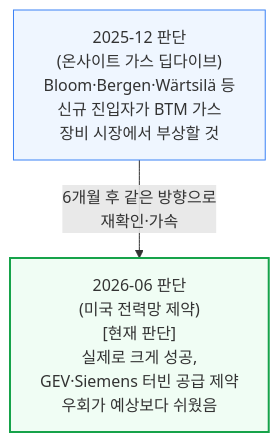
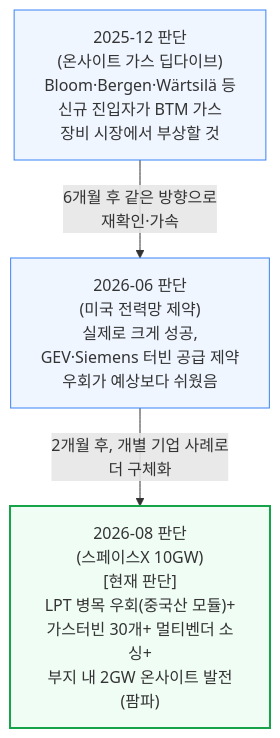
One commit to yohan4477/semi-report changed the third of 4 diagrams in 통합 리포트/카테고리별 통합 리포트/[260704] 전력 통합 리포트.md. Above: the diagram before and after it, drawn with Mermaid. The commit also changed other lines of this file and 2 other files, not shown here.

Commit message:
docs(newsletter): 스페이스X 10GW 문서 3-4장 완료, CATEGORIES.md·전력 통합 리포트 갱신

````diff
--- a/통합 리포트/카테고리별 통합 리포트/[260704] 전력 통합 리포트.md
+++ b/통합 리포트/카테고리별 통합 리포트/[260704] 전력 통합 리포트.md
@@ -74,7 +75,9 @@
 ```mermaid
 flowchart TD
-    D2025["2025-12 판단<br/>(온사이트 가스 딥다이브)<br/>Bloom·Bergen·Wärtsilä 등<br/>신규 진입자가 BTM 가스<br/>장비 시장에서 부상할 것"] -->|"6개월 후 같은 방향으로<br/>재확인·가속"| D2026c["2026-06 판단<br/>(미국 전력망 제약)<br/>[현재 판단]<br/>실제로 크게 성공,<br/>GEV·Siemens 터빈 공급 제약<br/>우회가 예상보다 쉬웠음"]
+    D2025["2025-12 판단<br/>(온사이트 가스 딥다이브)<br/>Bloom·Bergen·Wärtsilä 등<br/>신규 진입자가 BTM 가스<br/>장비 시장에서 부상할 것"] -->|"6개월 후 같은 방향으로<br/>재확인·가속"| D2026c["2026-06 판단<br/>(미국 전력망 제약)<br/>실제로 크게 성공,<br/>GEV·Siemens 터빈 공급 제약<br/>우회가 예상보다 쉬웠음"]
+    D2026c -->|"2개월 후, 개별 기업 사례로<br/>더 구체화"| D2026e["2026-08 판단<br/>(스페이스X 10GW)<br/>[현재 판단]<br/>LPT 병목 우회(중국산 모듈)+<br/>가스터빈 30개+ 멀티벤더 소싱+<br/>부지 내 2GW 온사이트 발전(팜파)"]
 
     style D2025 fill:#eff6ff,stroke:#3b82f6
-    style D2026c fill:#f0fdf4,stroke:#16a34a,stroke-width:2px
+    style D2026c fill:#eff6ff,stroke:#3b82f6
+    style D2026e fill:#f0fdf4,stroke:#16a34a,stroke-width:2px
 ```
````
